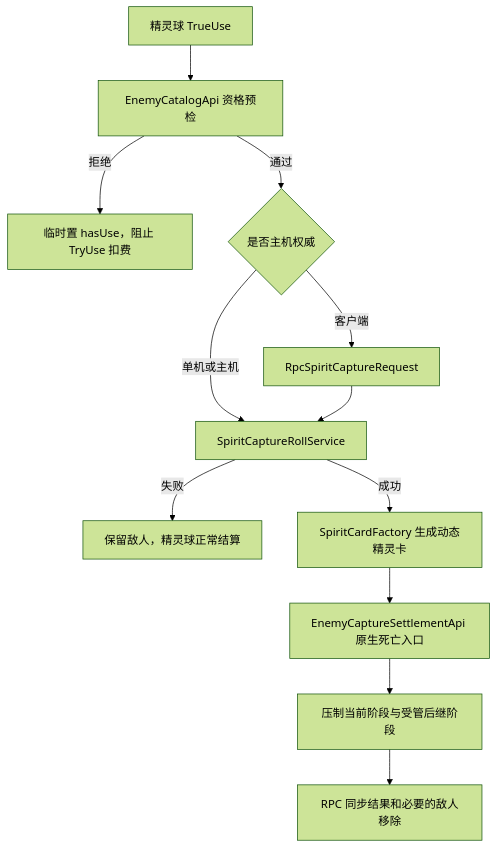
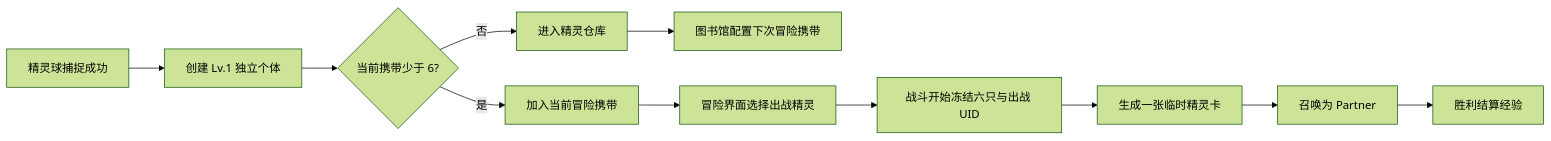
The diagram in docs/Terrias/modules/08-精灵球捕获与精灵召唤.md (AuraKaliya/apocalyptic-journey-mod-SunExp), drawn with Mermaid (forest theme) before and after one commit. The commit also changed other lines of this file and 59 other files, not shown here.

````diff
--- a/docs/Terrias/modules/08-精灵球捕获与精灵召唤.md
+++ b/docs/Terrias/modules/08-精灵球捕获与精灵召唤.md
@@ -53,14 +19,13 @@
 ```mermaid
-flowchart TD
-    Use["精灵球 TrueUse"] --> Preflight["EnemyCatalogApi 资格预检"]
-    Preflight -->|拒绝| Cancel["临时置 hasUse，阻止 TryUse 扣费"]
-    Preflight -->|通过| Authority{"是否主机权威"}
-    Authority -->|客户端| Request["RpcSpiritCaptureRequest"]
-    Authority -->|单机或主机| Roll["SpiritCaptureRollService"]
-    Request --> Roll
-    Roll -->|失败| Fail["保留敌人，精灵球正常结算"]
-    Roll -->|成功| Card["SpiritCardFactory 生成动态精灵卡"]
-    Card --> Death["EnemyCaptureSettlementApi 原生死亡入口"]
-    Death --> Suppress["压制当前阶段与受管后继阶段"]
-    Suppress --> Sync["RPC 同步结果和必要的敌人移除"]
+flowchart LR
+    Capture["精灵球捕捉成功"] --> Instance["创建 Lv.1 独立个体"]
+    Instance --> Check{"当前携带少于 6?"}
+    Check -->|是| Party["加入当前冒险携带"]
+    Check -->|否| Warehouse["进入精灵仓库"]
+    Warehouse --> Configure["图书馆配置下次冒险携带"]
+    Party --> Select["冒险界面选择出战精灵"]
+    Select --> Freeze["战斗开始冻结六只与出战 UID"]
+    Freeze --> Card["生成一张临时精灵卡"]
+    Card --> Partner["召唤为 Partner"]
+    Partner --> Exp["胜利结算经验"]
 ```
````
